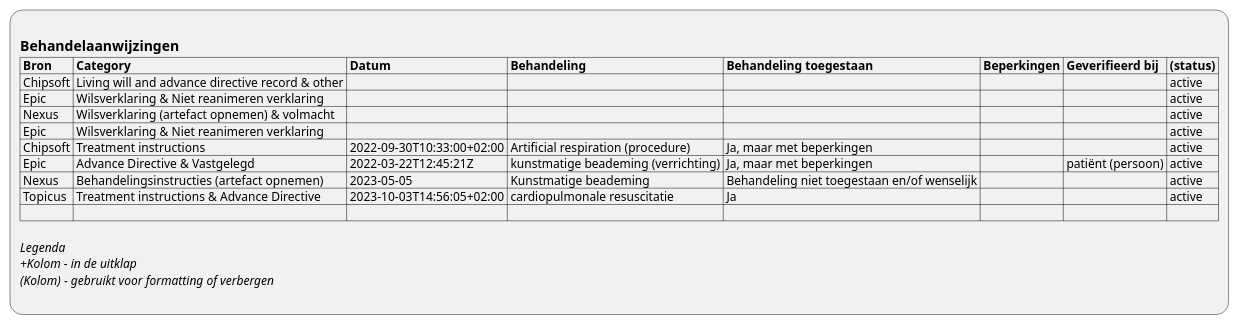
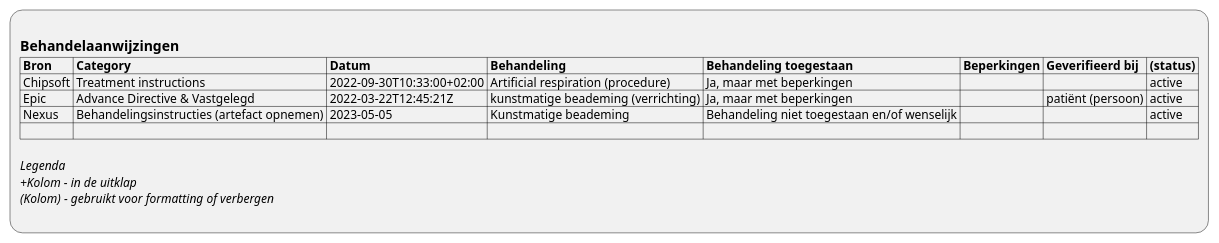
The diagram in input/images-source/ViewDefinition-Behandelaanwijzingen.plantuml (RIVO-Noord/zorgviewer-ig), drawn with PlantUML before and after one commit. The commit also changed 4 other files, not shown here.

```diff
--- a/input/images-source/ViewDefinition-Behandelaanwijzingen.plantuml
+++ b/input/images-source/ViewDefinition-Behandelaanwijzingen.plantuml
@@ -1,19 +1,14 @@
 @startuml ViewDefinition-Behandelaanwijzingen
 :
 == Behandelaanwijzingen
 |= Bron |= Category |= Datum |= Behandeling |= Behandeling toegestaan |= Beperkingen |= Geverifieerd bij |= (status) |
-| Chipsoft | Living will and advance directive record & other |  |  |  |  |  | active |
-| Epic | Wilsverklaring & Niet reanimeren verklaring |  |  |  |  |  | active |
-| Nexus | Wilsverklaring (artefact opnemen) & volmacht |  |  |  |  |  | active |
-| Epic | Wilsverklaring & Niet reanimeren verklaring |  |  |  |  |  | active |
 | Chipsoft | Treatment instructions | 2022-09-30T10:33:00+02:00 | Artificial respiration (procedure) | Ja, maar met beperkingen |  |  | active |
 | Epic | Advance Directive & Vastgelegd | 2022-03-22T12:45:21Z | kunstmatige beademing (verrichting) | Ja, maar met beperkingen |  | patiënt (persoon) | active |
 | Nexus | Behandelingsinstructies (artefact opnemen) | 2023-05-05 | Kunstmatige beademing | Behandeling niet toegestaan en/of wenselijk |  |  | active |
-| Topicus | Treatment instructions & Advance Directive | 2023-10-03T14:56:05+02:00 | cardiopulmonale resuscitatie | Ja |  |  | active |
 | |
 
 //Legenda//
 //+Kolom - in de uitklap//
 //(Kolom) - gebruikt voor formatting of verbergen//
 ;
 @enduml
```
